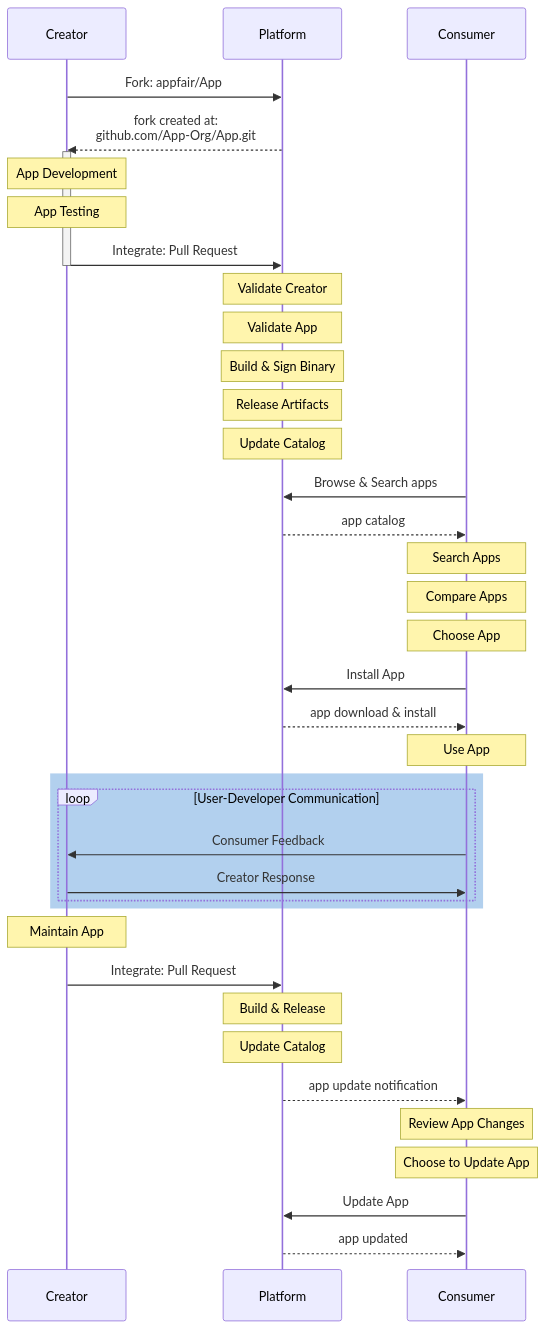
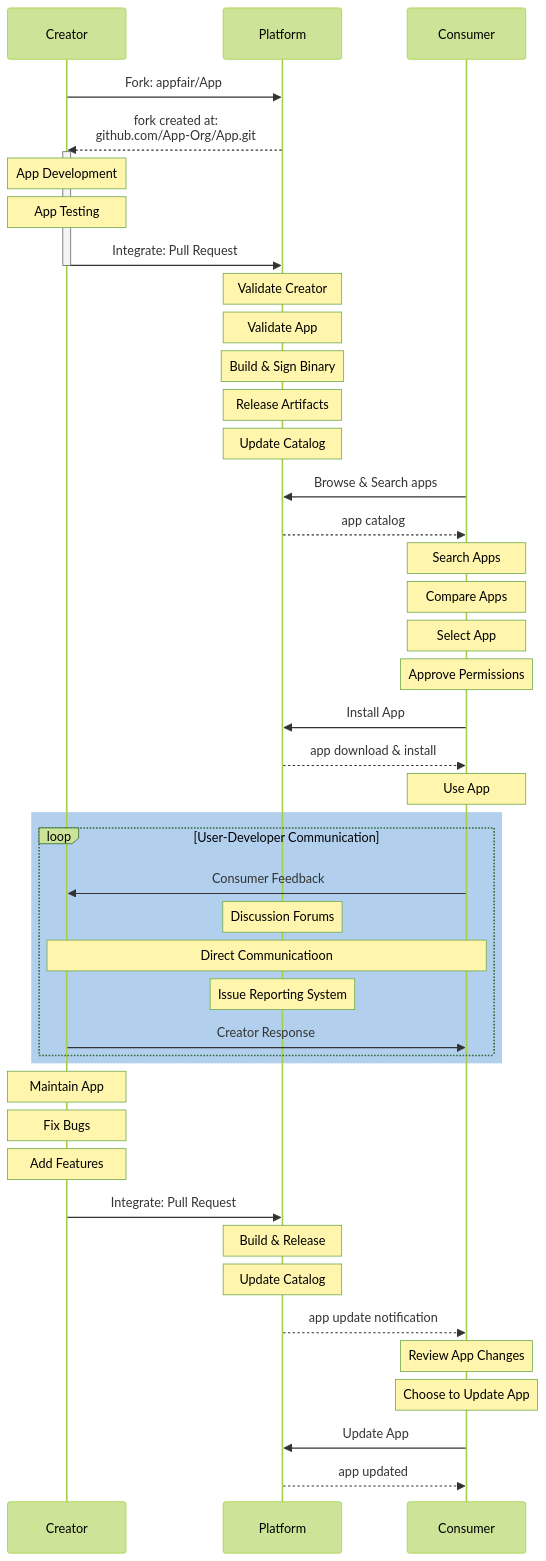
The diagram in assets/fairground.mmd (emilypx/appfair.github.io), drawn with Mermaid before and after one commit. The commit also changed 2 other files, not shown here.

```diff
--- a/assets/fairground.mmd
+++ b/assets/fairground.mmd
@@ -1,39 +1,46 @@
+%%{init: { 'logLevel': 'debug', 'theme': 'forest' } }%%
 sequenceDiagram
     %% see: https://mermaid-js.github.io/mermaid/#/sequenceDiagram
     Creator->>Platform: Fork: appfair/App
     Platform-->>Creator: fork created at:<br />github.com/App-Org/App.git
     activate Creator
     Note over Creator: App Development
     Note over Creator: App Testing
     Creator->>Platform: Integrate: Pull Request
     deactivate Creator
     Note over Platform: Validate Creator
     Note over Platform: Validate App
     Note over Platform: Build & Sign Binary
     Note over Platform: Release Artifacts
     Note over Platform: Update Catalog
     Consumer->>Platform: Browse & Search apps
     Platform-->>Consumer: app catalog
     Note over Consumer: Search Apps
     Note over Consumer: Compare Apps
-    Note over Consumer: Choose App
+    Note over Consumer: Select App
+    Note over Consumer: Approve Permissions
     Consumer->>Platform: Install App
     Platform-->>Consumer: app download & install
     Note over Consumer: Use App
 
     rect rgb(0, 100, 200, 0.3)
         loop User-Developer Communication
             Consumer->>Creator: Consumer Feedback
+                Note over Platform: Discussion Forums
+                Note over Creator,Consumer: Direct Communicatioon
+                Note over Platform: Issue Reporting System
             Creator->>Consumer: Creator Response
         end
     end
 
     Note over Creator: Maintain App
+    Note over Creator: Fix Bugs
+    Note over Creator: Add Features
     Creator->>Platform: Integrate: Pull Request
     Note over Platform: Build & Release
     Note over Platform: Update Catalog
     Platform-->>Consumer: app update notification
     Note over Consumer: Review App Changes
     Note over Consumer: Choose to Update App
     Consumer->>Platform: Update App
     Platform-->>Consumer: app updated
```
